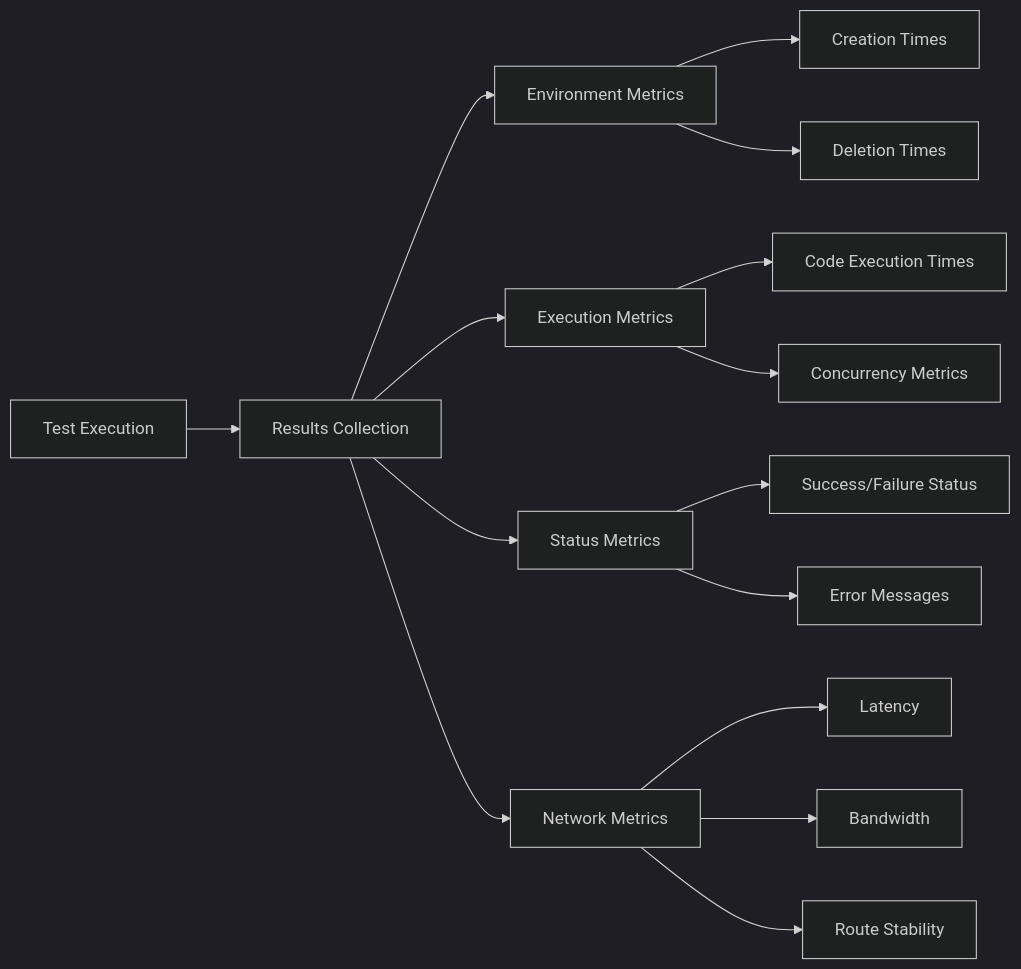
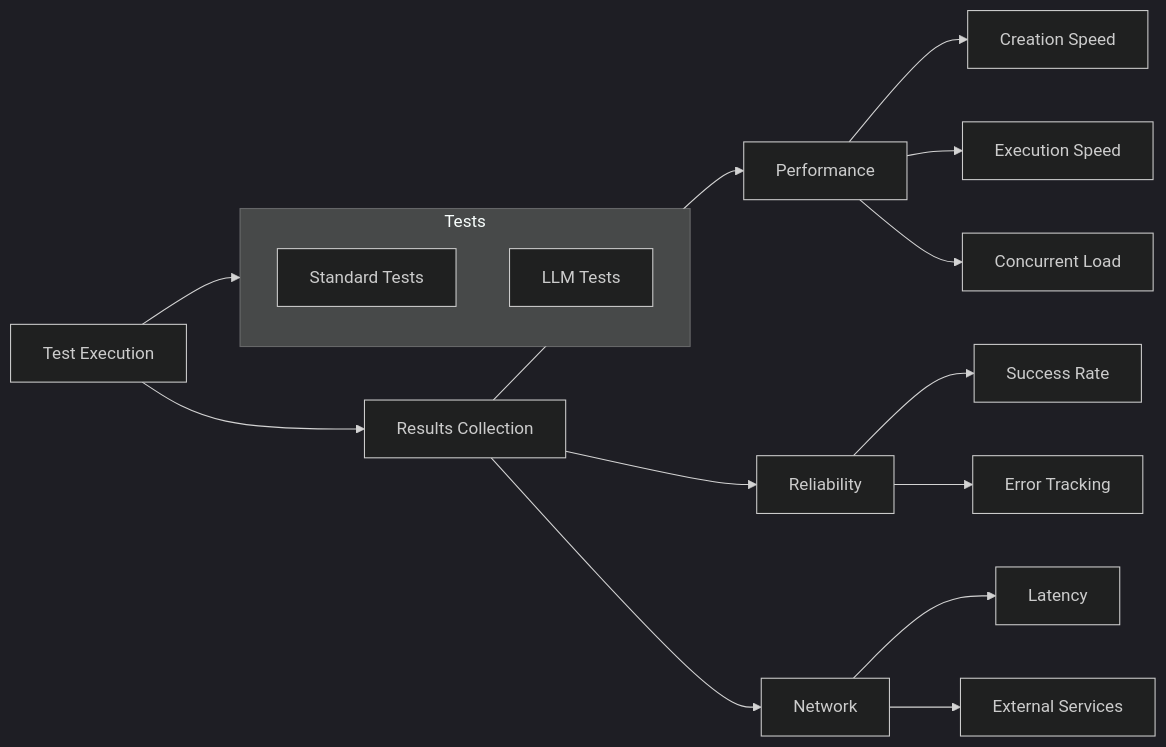
One commit to nkkko/ai-sandbox-benchmark changed the diagram in SPECIFICATION.md. Above: the diagram before and after it, drawn with Mermaid (dark theme). The commit also changed other lines of this file and 10 other files, not shown here.

````diff
--- a/SPECIFICATION.md
+++ b/SPECIFICATION.md
@@ -3,21 +3,24 @@
 ```mermaid
 graph LR
     A[Test Execution] --> B[Results Collection]
-    B --> C1[Environment Metrics]
-    B --> C2[Execution Metrics]
-    B --> C3[Status Metrics]
-    B --> C4[Network Metrics]
+    B --> C1[Performance]
+    B --> C2[Reliability]
+    B --> C3[Network]
 
-    C1 --> D1[Creation Times]
-    C1 --> D2[Deletion Times]
+    C1 --> D1[Creation Speed]
+    C1 --> D2[Execution Speed]
+    C1 --> D3[Concurrent Load]
 
-    C2 --> E1[Code Execution Times]
-    C2 --> E2[Concurrency Metrics]
+    C2 --> E1[Success Rate]
+    C2 --> E2[Error Tracking]
 
-    C3 --> F1[Success/Failure Status]
-    C3 --> F2[Error Messages]
+    C3 --> F1[Latency]
+    C3 --> F2[External Services]
 
-    C4 --> G1[Latency]
-    C4 --> G2[Bandwidth]
-    C4 --> G3[Route Stability]
+    subgraph Tests
+        G1[Standard Tests]
+        G2[LLM Tests]
+    end
+
+    A --> Tests
 ```
````
